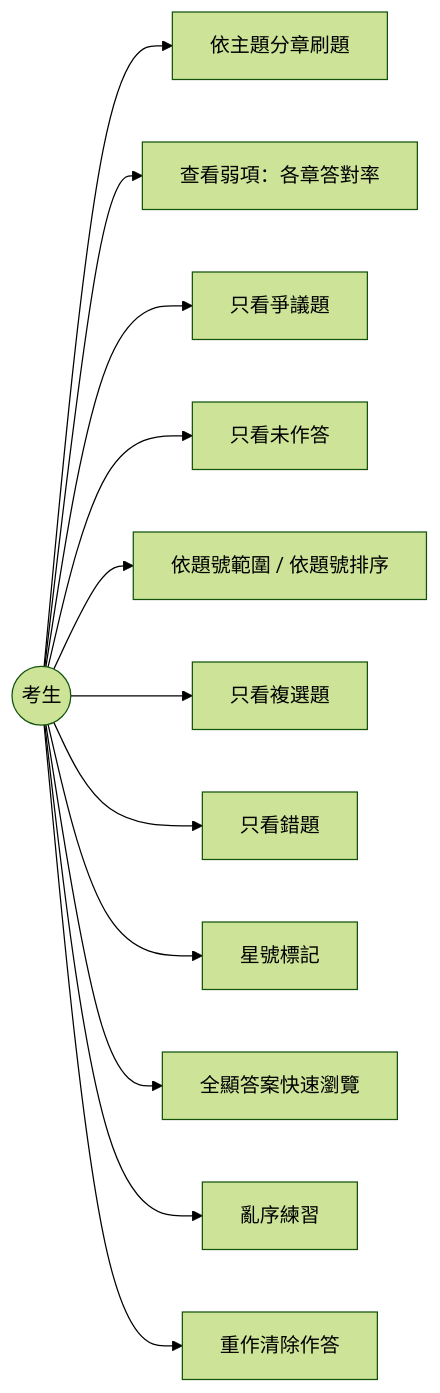
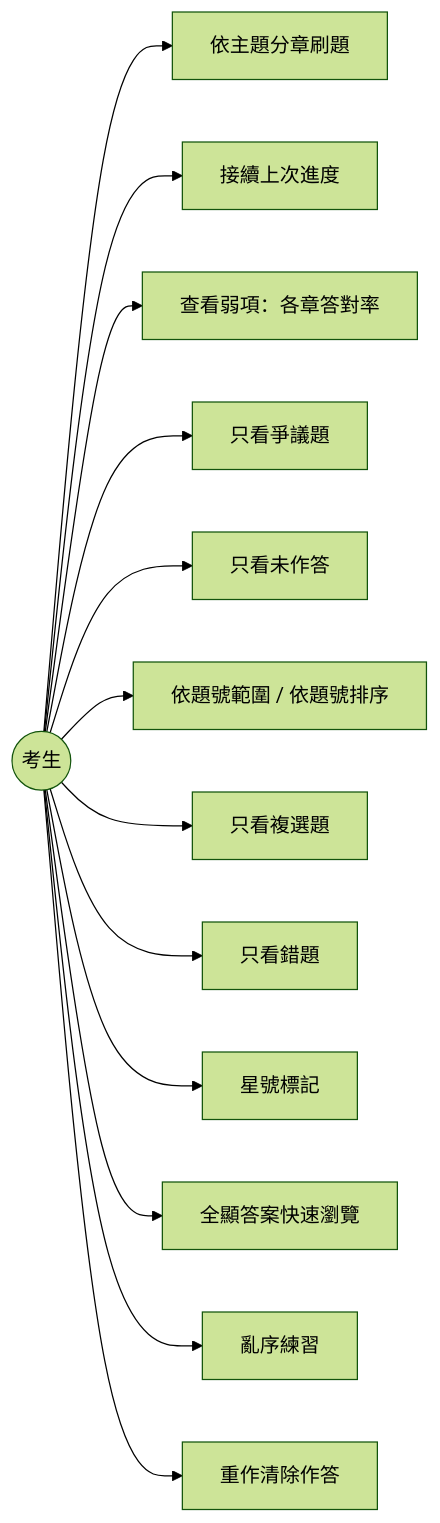
One commit to cuteman0725/aws-dea-c01-question-bank changed the fifth of 6 diagrams in gen_short_zh.md. Above: the diagram before and after it, drawn with Mermaid (forest theme). The commit also changed other lines of this file and 3 other files, not shown here.

````diff
--- a/gen_short_zh.md
+++ b/gen_short_zh.md
@@ -115,15 +120,16 @@
 ```mermaid
 flowchart LR
     U((考生))
     U --> UC0[依主題分章刷題]
+    U --> UC11[接續上次進度]
     U --> UC8[查看弱項：各章答對率]
     U --> UC9[只看爭議題]
     U --> UC10[只看未作答]
     U --> UC1[依題號範圍 / 依題號排序]
     U --> UC2[只看複選題]
     U --> UC3[只看錯題]
     U --> UC4[星號標記]
     U --> UC5[全顯答案快速瀏覽]
     U --> UC6[亂序練習]
     U --> UC7[重作清除作答]
 ```
````
